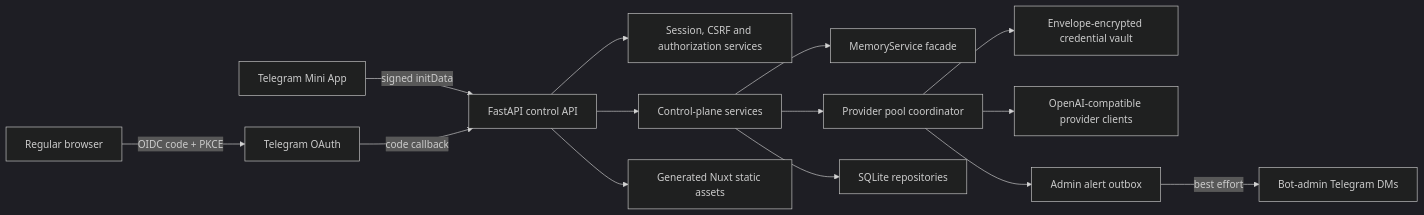
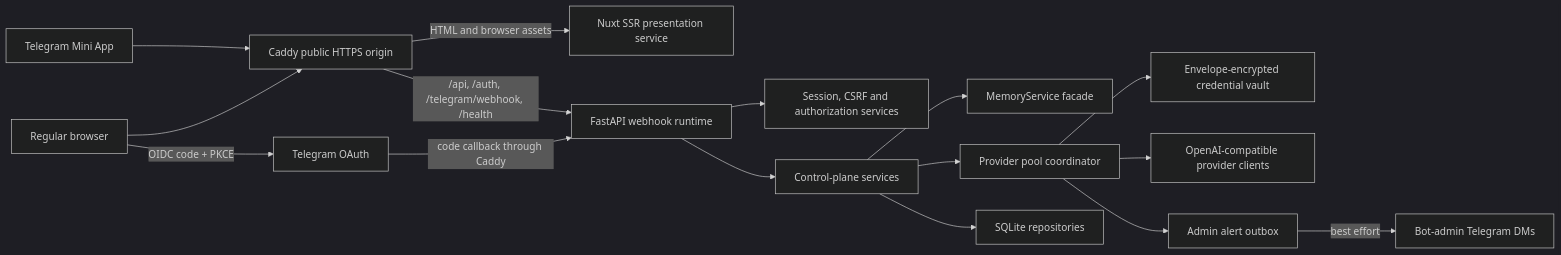
Before and after one commit to EDM115/Chatterlore: the diagram in plans/021-provider-key-pools-and-telegram-control-plane.md, drawn with Mermaid (dark theme). The commit also changed other lines of this file and 34 other files, not shown here.

````diff
--- a/plans/021-provider-key-pools-and-telegram-control-plane.md
+++ b/plans/021-provider-key-pools-and-telegram-control-plane.md
@@ -117,16 +117,18 @@
 ```mermaid
 flowchart LR
-    TG["Telegram Mini App"] -->|signed initData| API["FastAPI control API"]
-    BR["Regular browser"] -->|OIDC code + PKCE| OIDC["Telegram OAuth"]
-    OIDC -->|code callback| API
+    TG["Telegram Mini App"] --> EDGE["Caddy public HTTPS origin"]
+    BR["Regular browser"] --> EDGE
+    EDGE -->|HTML and browser assets| UI["Nuxt SSR presentation service"]
+    EDGE -->|/api, /auth, /telegram/webhook, /health| API["FastAPI webhook runtime"]
+    BR -->|OIDC code + PKCE| OIDC["Telegram OAuth"]
+    OIDC -->|code callback through Caddy| API
     API --> AUTH["Session, CSRF and authorization services"]
     API --> CPS["Control-plane services"]
     CPS --> MEM["MemoryService facade"]
     CPS --> POOL["Provider pool coordinator"]
     CPS --> DB["SQLite repositories"]
     POOL --> VAULT["Envelope-encrypted credential vault"]
     POOL --> PROV["OpenAI-compatible provider clients"]
     POOL --> OUTBOX["Admin alert outbox"]
     OUTBOX -->|best effort| DM["Bot-admin Telegram DMs"]
-    API --> UI["Generated Nuxt static assets"]
 ```
````
